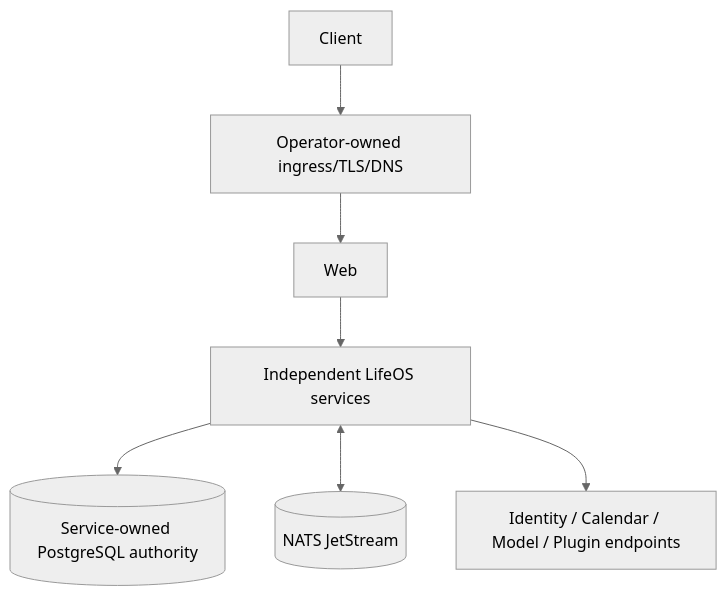
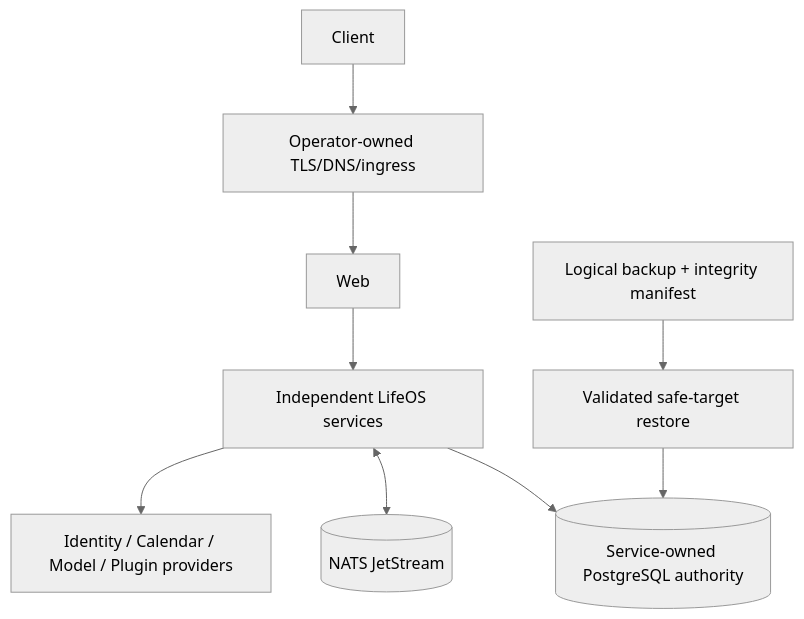
Before and after one commit to ContextualWisdomLab/life-os: diagram 14 of 15 in docs/UML.md, drawn with Mermaid (neutral theme). The commit also changed other lines of this file and 12 other files, not shown here.

````diff
--- a/docs/UML.md
+++ b/docs/UML.md
@@ -256,9 +296,11 @@
 ```mermaid
 flowchart TB
-    Client --> Ingress[Operator-owned ingress/TLS/DNS]
+    Client --> Ingress[Operator-owned TLS/DNS/ingress]
     Ingress --> Web
     Web --> Services[Independent LifeOS services]
-    Services --> Pg[(Service-owned PostgreSQL authority)]
+    Services --> Stores[(Service-owned PostgreSQL authority)]
     Services <--> NATS[(NATS JetStream)]
-    Services --> Providers[Identity / Calendar / Model / Plugin endpoints]
+    Services --> Providers[Identity / Calendar / Model / Plugin providers]
+    Backup[Logical backup + integrity manifest] --> Restore[Validated safe-target restore]
+    Restore --> Stores
 ```
````
